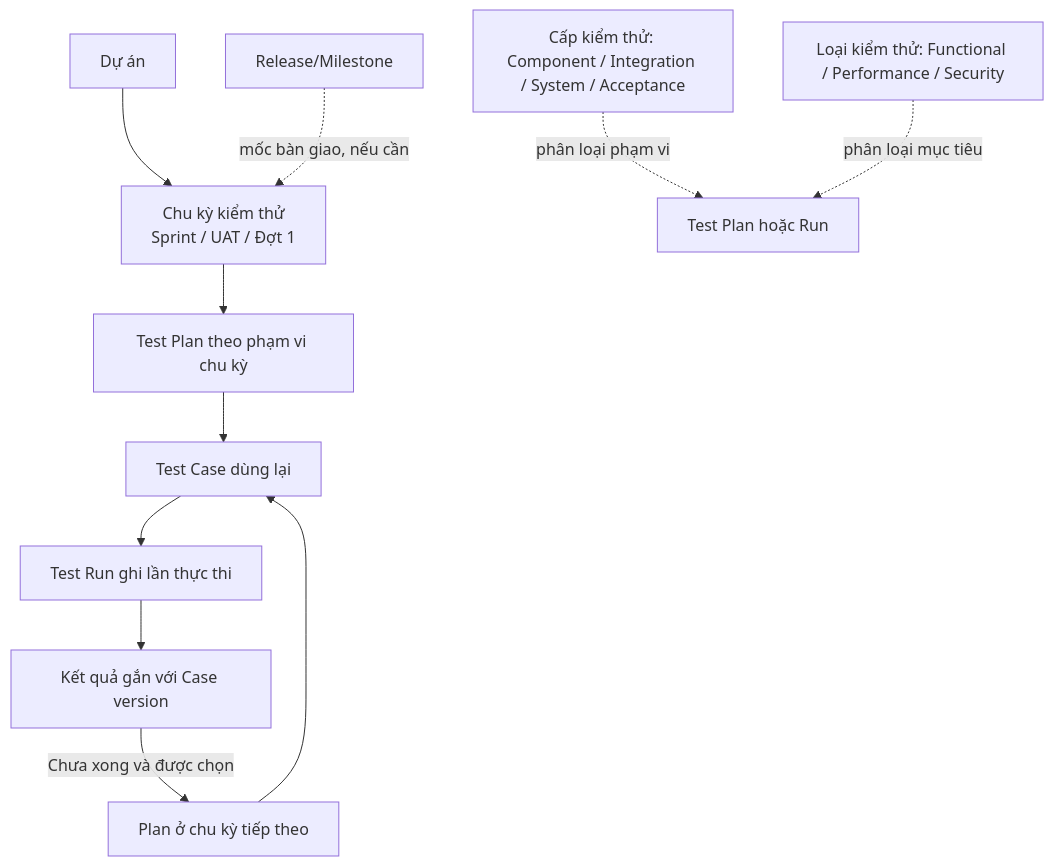
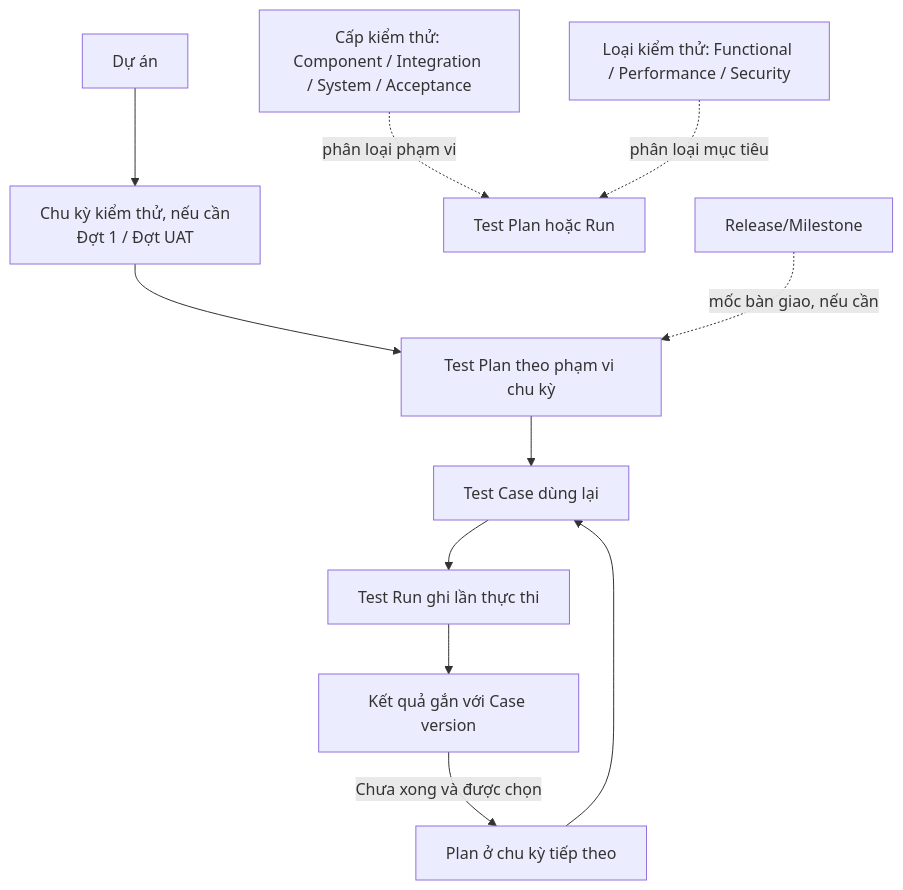
The second of 6 diagrams in docs/kien-truc/PHAN_TICH_SAN_PHAM_VERIQ.md (MinTruqday/Veriq), drawn with Mermaid before and after one commit. The commit also changed other lines of this file and 121 other files, not shown here.

````diff
--- a/docs/kien-truc/PHAN_TICH_SAN_PHAM_VERIQ.md
+++ b/docs/kien-truc/PHAN_TICH_SAN_PHAM_VERIQ.md
@@ -87,13 +87,13 @@
 ```mermaid
 flowchart TB
-  P[Dự án] --> PERIOD[Chu kỳ kiểm thử<br/>Sprint / UAT / Đợt 1]
+  P[Dự án] --> PERIOD[Chu kỳ kiểm thử, nếu cần<br/>Đợt 1 / Đợt UAT]
   PERIOD --> PLAN[Test Plan theo phạm vi chu kỳ]
   PLAN --> CASE[Test Case dùng lại]
   CASE --> RUN[Test Run ghi lần thực thi]
   RUN --> RESULTS[Kết quả gắn với Case version]
   RESULTS -->|Chưa xong và được chọn| NEXT[Plan ở chu kỳ tiếp theo]
   NEXT --> CASE
   LEVEL[Cấp kiểm thử: Component / Integration / System / Acceptance] -. phân loại phạm vi .-> TP[Test Plan hoặc Run]
   TYPE[Loại kiểm thử: Functional / Performance / Security] -. phân loại mục tiêu .-> TP
-  RELEASE[Release/Milestone] -. mốc bàn giao, nếu cần .-> PERIOD
+  RELEASE[Release/Milestone] -. mốc bàn giao, nếu cần .-> PLAN
 ```
````
